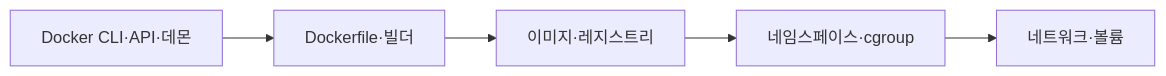
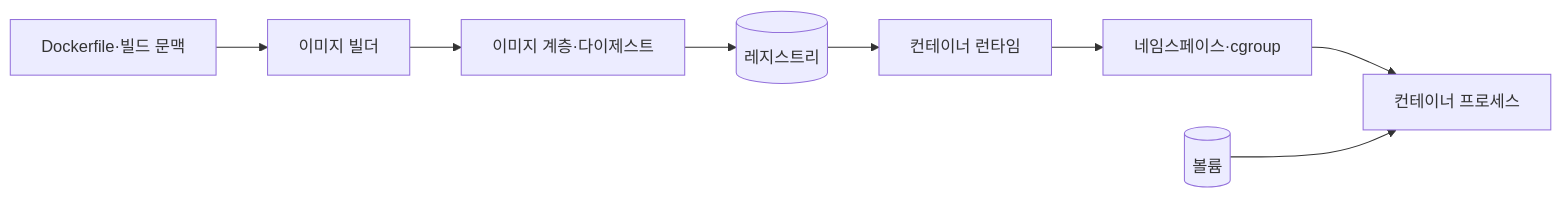
One commit to agnusdei1207/knowledge-base changed the first of 2 diagrams in src/content/docs/notes/03-software/150_docker_container.md. Above: the diagram before and after it, drawn with Mermaid. The commit also changed other lines of this file and 7 other files, not shown here.

````diff
--- a/src/content/docs/notes/03-software/150_docker_container.md
+++ b/src/content/docs/notes/03-software/150_docker_container.md
@@ -57,7 +54,10 @@
 ```mermaid
 flowchart LR
-    A[Docker CLI·API·데몬] --> B[Dockerfile·빌더]
-    B --> C[이미지·레지스트리]
-    C --> D[네임스페이스·cgroup]
-    D --> E[네트워크·볼륨]
+    F[Dockerfile·빌드 문맥] --> B[이미지 빌더]
+    B --> I[이미지 계층·다이제스트]
+    I --> R[(레지스트리)]
+    R --> D[컨테이너 런타임]
+    D --> N[네임스페이스·cgroup]
+    N --> C[컨테이너 프로세스]
+    V[(볼륨)] --> C
 ```
````
